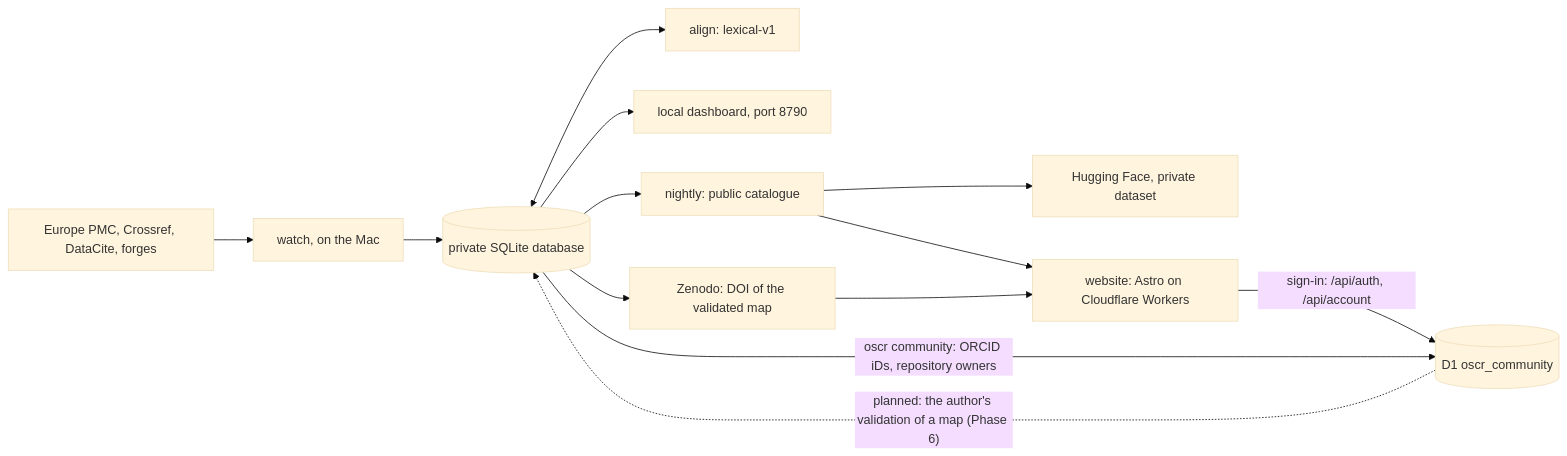
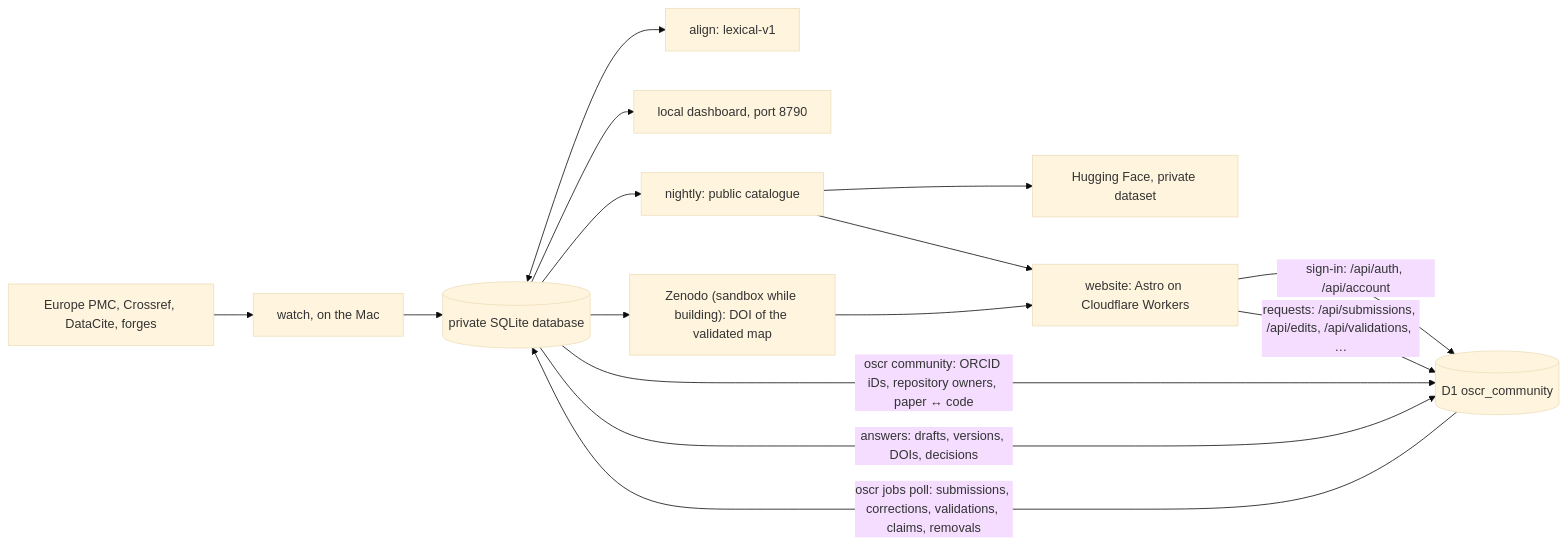
One commit to NeuraCrypt/OSCR changed the first of 2 diagrams in docs/ARCHITECTURE.md. Above: the diagram before and after it, drawn with Mermaid (base theme). The commit also changed other lines of this file and 61 other files, not shown here.

````diff
--- a/docs/ARCHITECTURE.md
+++ b/docs/ARCHITECTURE.md
@@ -22,15 +24,17 @@
 ```mermaid
 flowchart LR
   EPMC["Europe PMC, Crossref, DataCite, forges"] --> W["watch, on the Mac"]
   W --> B[("private SQLite database")]
   B <--> A["align: lexical-v1"]
   B --> I["local dashboard, port 8790"]
   B --> N["nightly: public catalogue"]
   N --> HF["Hugging Face, private dataset"]
   N --> P["website: Astro on Cloudflare Workers"]
   P -- "sign-in: /api/auth, /api/account" --> U[("D1 oscr_community")]
-  B -- "oscr community: ORCID iDs, repository owners" --> U
-  U -. "planned: the author's validation of a map (Phase 6)" .-> B
-  B --> Z["Zenodo: DOI of the validated map"]
+  P -- "requests: /api/submissions, /api/edits, /api/validations, …" --> U
+  B -- "oscr community: ORCID iDs, repository owners, paper ↔ code" --> U
+  U -- "oscr jobs poll: submissions, corrections, validations, claims, removals" --> B
+  B -- "answers: drafts, versions, DOIs, decisions" --> U
+  B --> Z["Zenodo (sandbox while building): DOI of the validated map"]
   Z --> P
 ```
````
